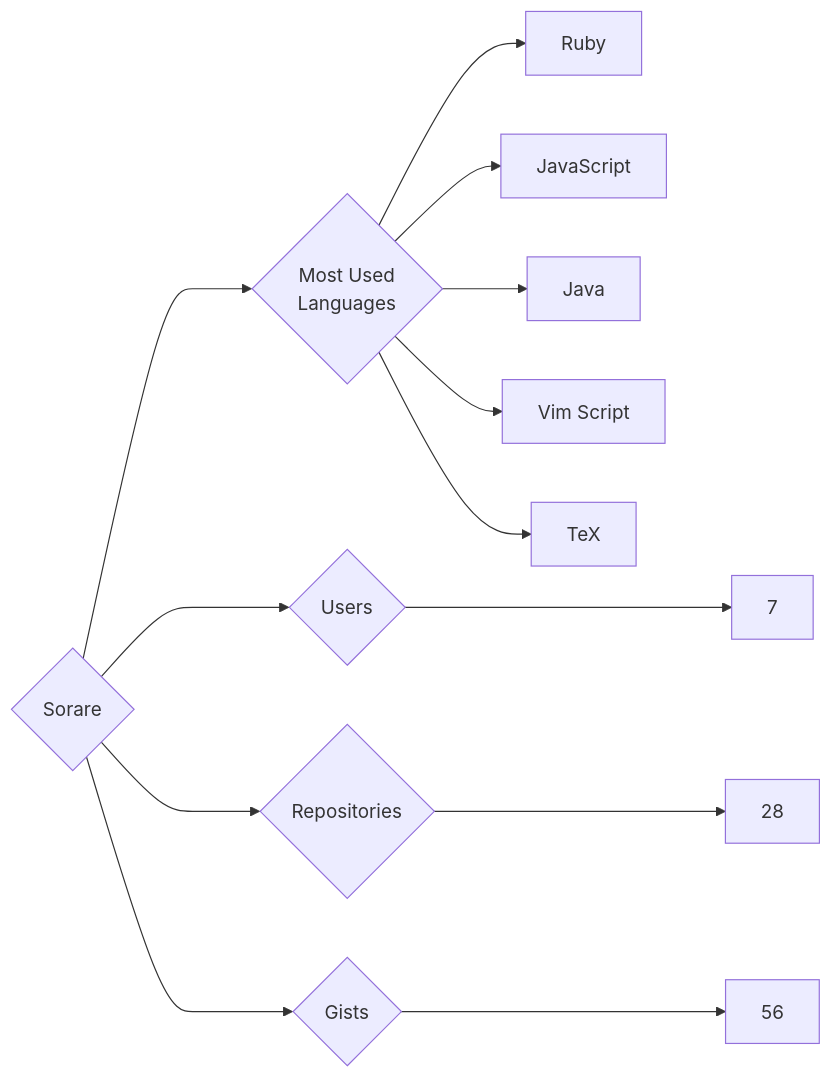
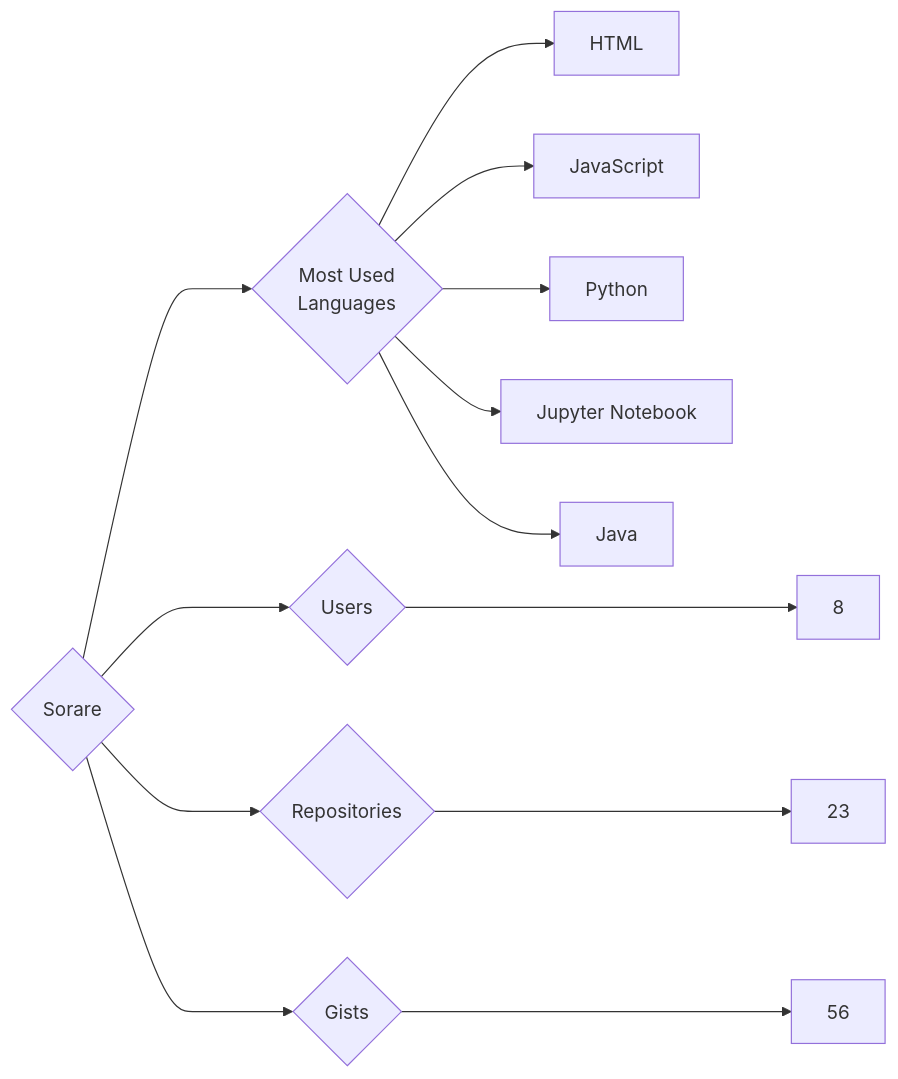
One commit to trickest/insiders changed the diagram in targets/Sorare/README.md. Above: the diagram before and after it, drawn with Mermaid. The commit also changed 1496 other files, not shown here.

````diff
--- a/targets/Sorare/README.md
+++ b/targets/Sorare/README.md
@@ -3,13 +3,13 @@
 ```mermaid
 graph LR
 COMPANY_NAME{Sorare}
-COMPANY_NAME ---> U{Users} ---> UN[7]
-COMPANY_NAME ---> R{Repositories} ---> RN[28]
+COMPANY_NAME ---> U{Users} ---> UN[8]
+COMPANY_NAME ---> R{Repositories} ---> RN[23]
 COMPANY_NAME ---> G{Gists} ---> GN[56]
 COMPANY_NAME ---> ML{Most Used<br>Languages}
-ML --> Ruby[Ruby]
+ML --> HTML[HTML]
 ML --> JavaScript[JavaScript]
+ML --> Python[Python]
+ML --> Jupyter_Notebook[Jupyter Notebook]
 ML --> Java[Java]
-ML --> Vim_Script[Vim Script]
-ML --> TeX[TeX]
 ```
````
